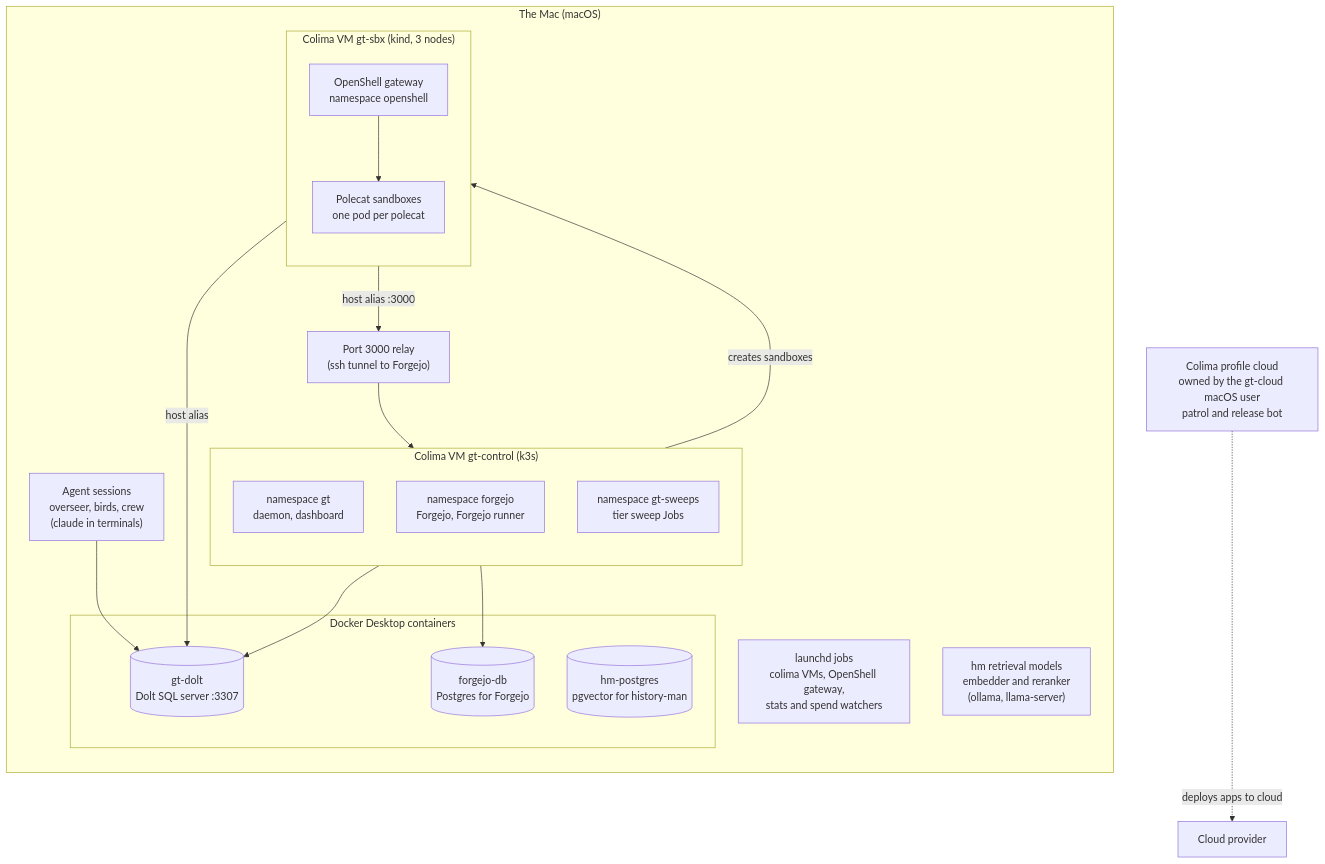
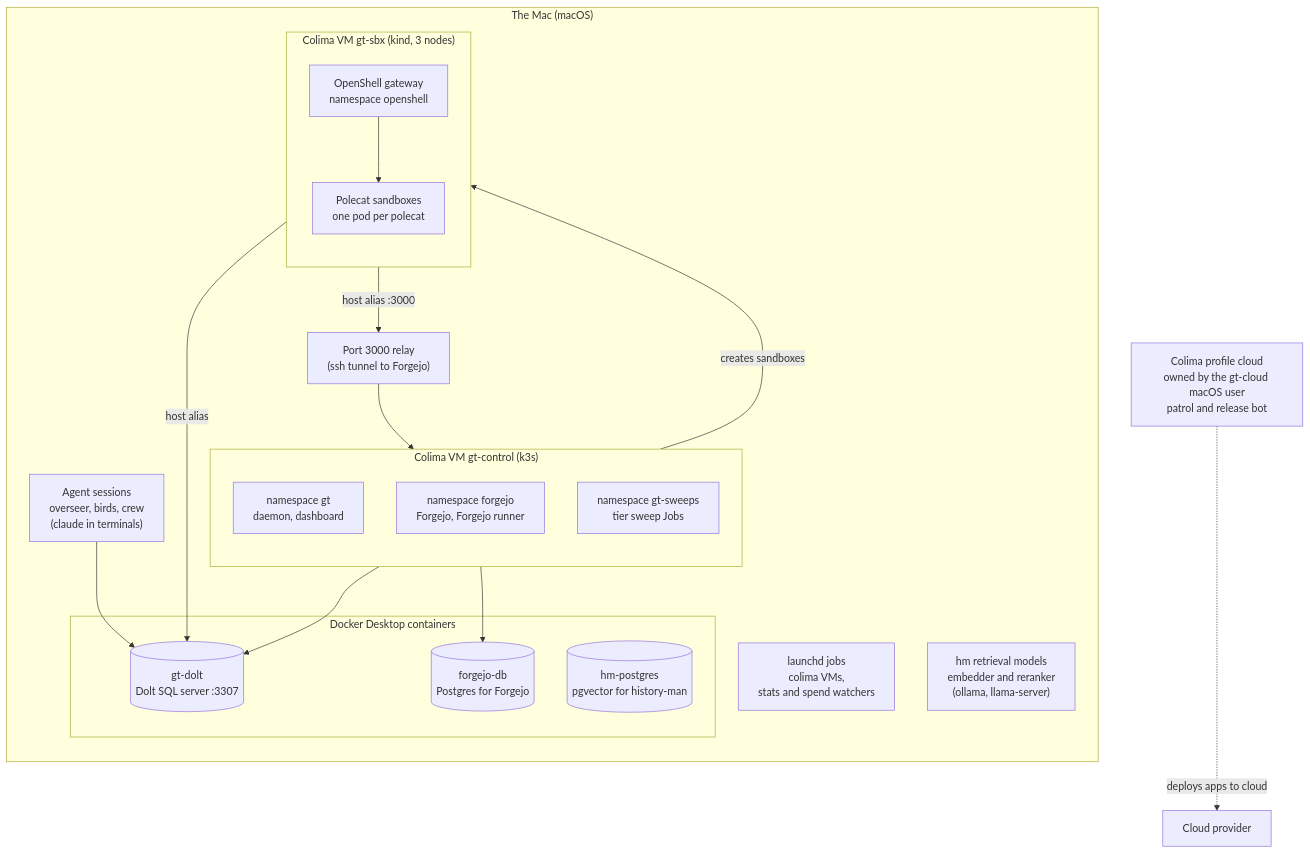
The second of 9 diagrams in docs/architecture.md (sloanahrens/gastown), drawn with Mermaid before and after one commit. The commit also changed other lines of this file, not shown here.

Commit message:
docs: architecture.md review fixes (dispatch keep-back rules, hold and ESTOP owners, model credentials, cloud question) (gt-t2cpxy)

````diff
--- a/docs/architecture.md
+++ b/docs/architecture.md
@@ -50,41 +50,41 @@
 ```mermaid
 flowchart TB
     subgraph MAC["The Mac (macOS)"]
         direction TB
         SESS["Agent sessions<br/>overseer, birds, crew<br/>(claude in terminals)"]
-        LAUNCHD["launchd jobs<br/>colima VMs, OpenShell gateway,<br/>stats and spend watchers"]
+        LAUNCHD["launchd jobs<br/>colima VMs,<br/>stats and spend watchers"]
         TUN["Port 3000 relay<br/>(ssh tunnel to Forgejo)"]
         RET["hm retrieval models<br/>embedder and reranker<br/>(ollama, llama-server)"]
 
         subgraph DD["Docker Desktop containers"]
             DOLT[("gt-dolt<br/>Dolt SQL server :3307")]
             FPG[("forgejo-db<br/>Postgres for Forgejo")]
             HMPG[("hm-postgres<br/>pgvector for history-man")]
         end
 
         subgraph CTRL["Colima VM gt-control (k3s)"]
             direction TB
             NSGT["namespace gt<br/>daemon, dashboard"]
             NSFJ["namespace forgejo<br/>Forgejo, Forgejo runner"]
             NSSW["namespace gt-sweeps<br/>tier sweep Jobs"]
         end
 
         subgraph SBX["Colima VM gt-sbx (kind, 3 nodes)"]
             direction TB
             GW["OpenShell gateway<br/>namespace openshell"]
             POLE["Polecat sandboxes<br/>one pod per polecat"]
         end
     end
 
     CLOUD["Colima profile cloud<br/>owned by the gt-cloud macOS user<br/>patrol and release bot"]
 
     SESS --> DOLT
     NSGT --> DOLT
     NSFJ --> FPG
     POLE -->|"host alias"| DOLT
     POLE -->|"host alias :3000"| TUN
     TUN --> NSFJ
     GW --> POLE
     NSGT -->|"creates sandboxes"| GW
     CLOUD -.->|"deploys apps to cloud"| EXT["Cloud provider"]
 ```
````
